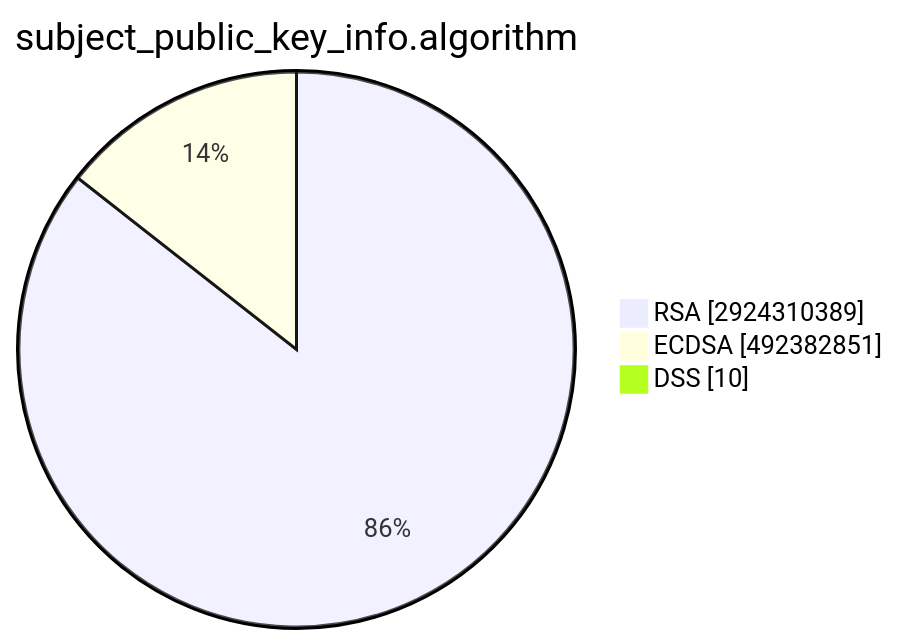
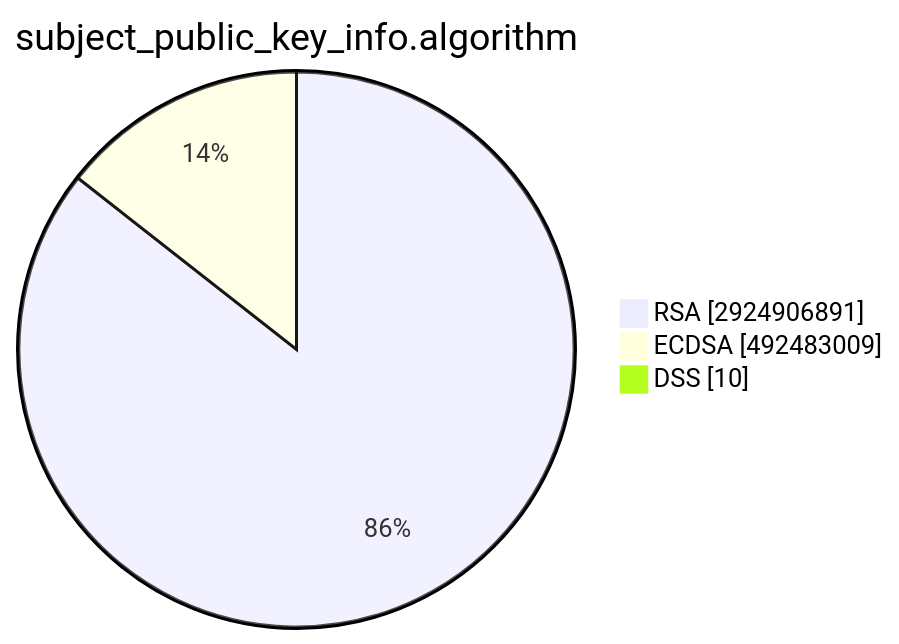
One commit to christiankrug/ctmonitor_visualization changed the second of 15 diagrams in TOTAL/README.md. Above: the diagram before and after it, drawn with Mermaid. The commit also changed other lines of this file, not shown here.

````diff
--- a/TOTAL/README.md
+++ b/TOTAL/README.md
@@ -6,7 +6,7 @@
 ```mermaid
 pie showData
 title subject_public_key_info.algorithm
-"RSA" :2924310389
-"ECDSA" :492382851
+"RSA" :2924906891
+"ECDSA" :492483009
 "DSS" :10
 ```
````
